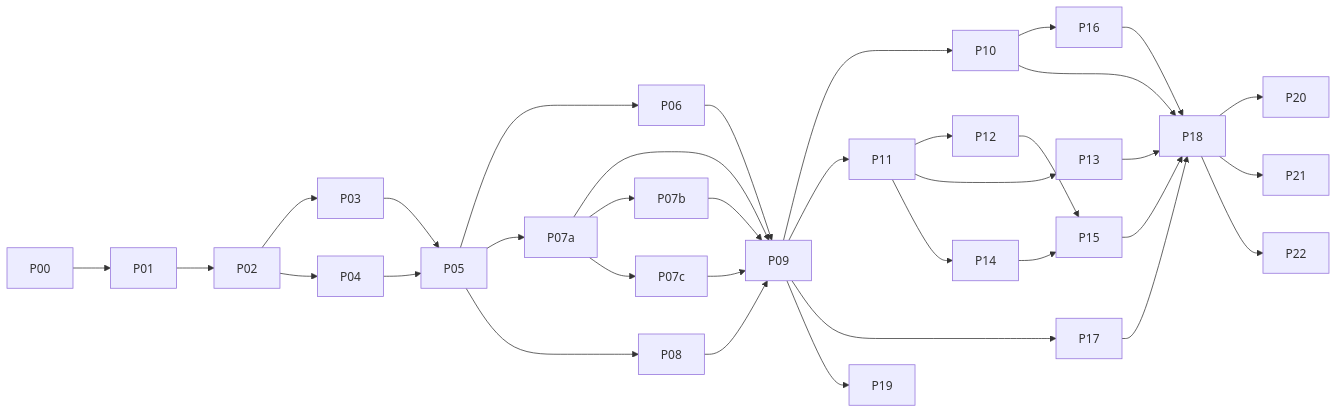
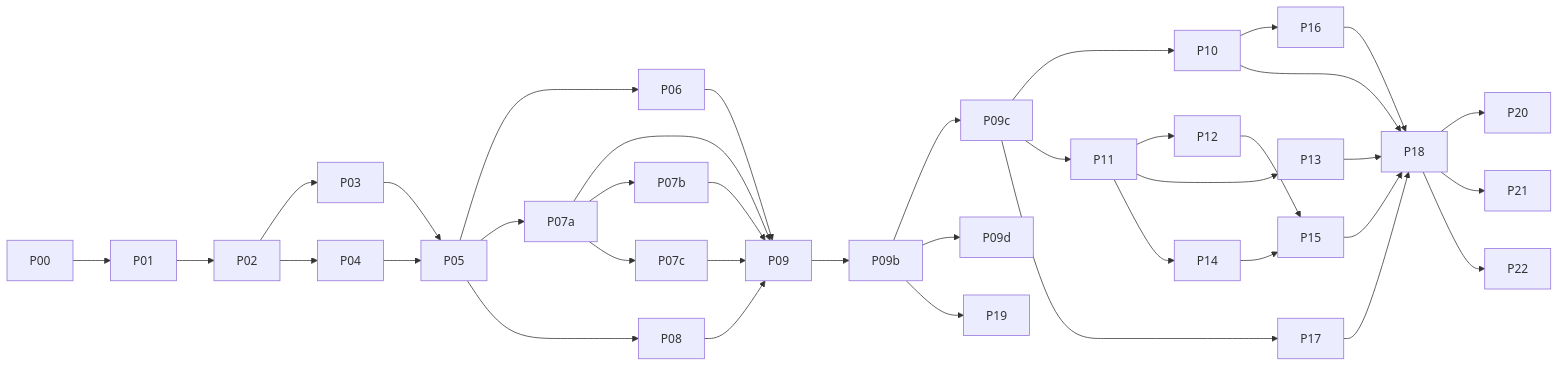
The diagram in docs/refactor/STATUS.md (jstehn/proxy-library), drawn with Mermaid before and after one commit. The commit also changed other lines of this file and 11 other files, not shown here.

````diff
--- a/docs/refactor/STATUS.md
+++ b/docs/refactor/STATUS.md
@@ -48,11 +52,13 @@
 ```mermaid
 flowchart LR
   P00 --> P01 --> P02 --> P03 & P04
   P03 & P04 --> P05 --> P06 & P07a & P08 --> P09
   P07a --> P07b & P07c --> P09
-  P09 --> P10 & P11 & P17 & P19
+  P09 --> P09b --> P09c & P09d
+  P09b --> P19
+  P09c --> P10 & P11 & P17
   P11 --> P12 & P13 & P14
   P12 & P14 --> P15
   P10 --> P16
   P10 & P13 & P15 & P16 & P17 --> P18 --> P20 & P21 & P22
 ```
````
